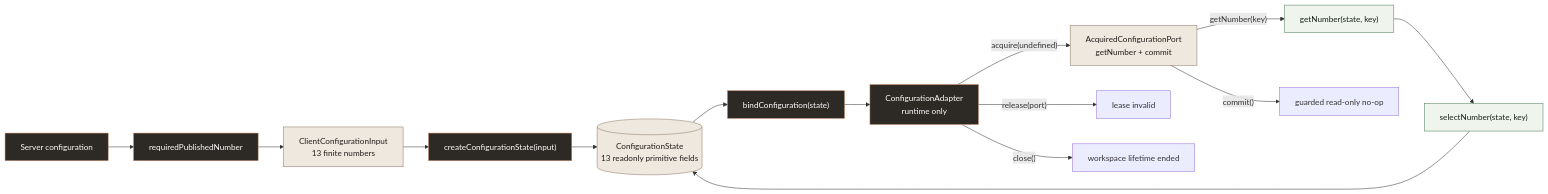
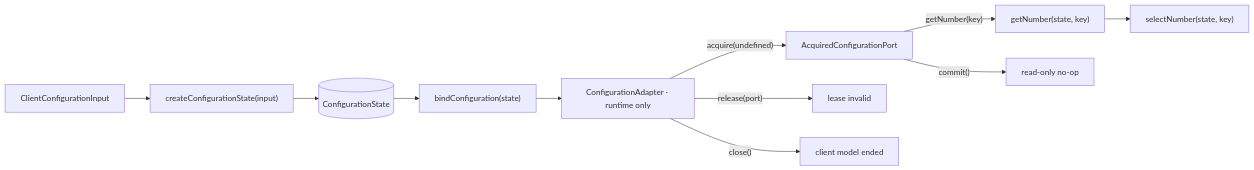
The first of 4 diagrams in wiki/models/configuration.md (gccurtis/icarus), drawn with Mermaid before and after one commit.

Commit message:
align configuration graph with model template

````diff
--- a/wiki/models/configuration.md
+++ b/wiki/models/configuration.md
@@ -38,23 +38,13 @@
 ```mermaid
 flowchart LR
-    YAML["Server configuration"] --> Admit["requiredPublishedNumber"]
-    Admit --> Input["ClientConfigurationInput<br/>13 finite numbers"]
-    Input --> Create["createConfigurationState(input)"]
-    Create --> State[("ConfigurationState<br/>13 readonly primitive fields")]
+    Input["ClientConfigurationInput"] --> Create["createConfigurationState(input)"]
+    Create --> State[("ConfigurationState")]
     State --> Bind["bindConfiguration(state)"]
-    Bind --> Adapter["ConfigurationAdapter<br/>runtime only"]
-    Adapter -->|"acquire(undefined)"| Port["AcquiredConfigurationPort<br/>getNumber + commit"]
-    Port -->|"getNumber(key)"| Entry["getNumber(state, key)"]
-    Entry --> Select["selectNumber(state, key)"]
-    Select --> State
-    Port -->|"commit()"| Noop["guarded read-only no-op"]
+    Bind --> Adapter["ConfigurationAdapter · runtime only"]
+    Adapter -->|"acquire(undefined)"| Port["AcquiredConfigurationPort"]
+    Port -->|"getNumber(key)"| Operation["getNumber(state, key)"]
+    Operation --> Helper["selectNumber(state, key)"]
+    Port -->|"commit()"| Commit["read-only no-op"]
     Adapter -->|"release(port)"| Released["lease invalid"]
-    Adapter -->|"close()"| Closed["workspace lifetime ended"]
-
-    classDef boundary fill:#2d2925,stroke:#b77b55,color:#fff
-    classDef pure fill:#eff4ec,stroke:#4e7b5d,color:#172019
-    classDef data fill:#eee8df,stroke:#8c7761,color:#211d18
-    class YAML,Admit,Create,Bind,Adapter boundary
-    class Entry,Select pure
-    class Input,State,Port data
+    Adapter -->|"close()"| Closed["client model ended"]
 ```
````
